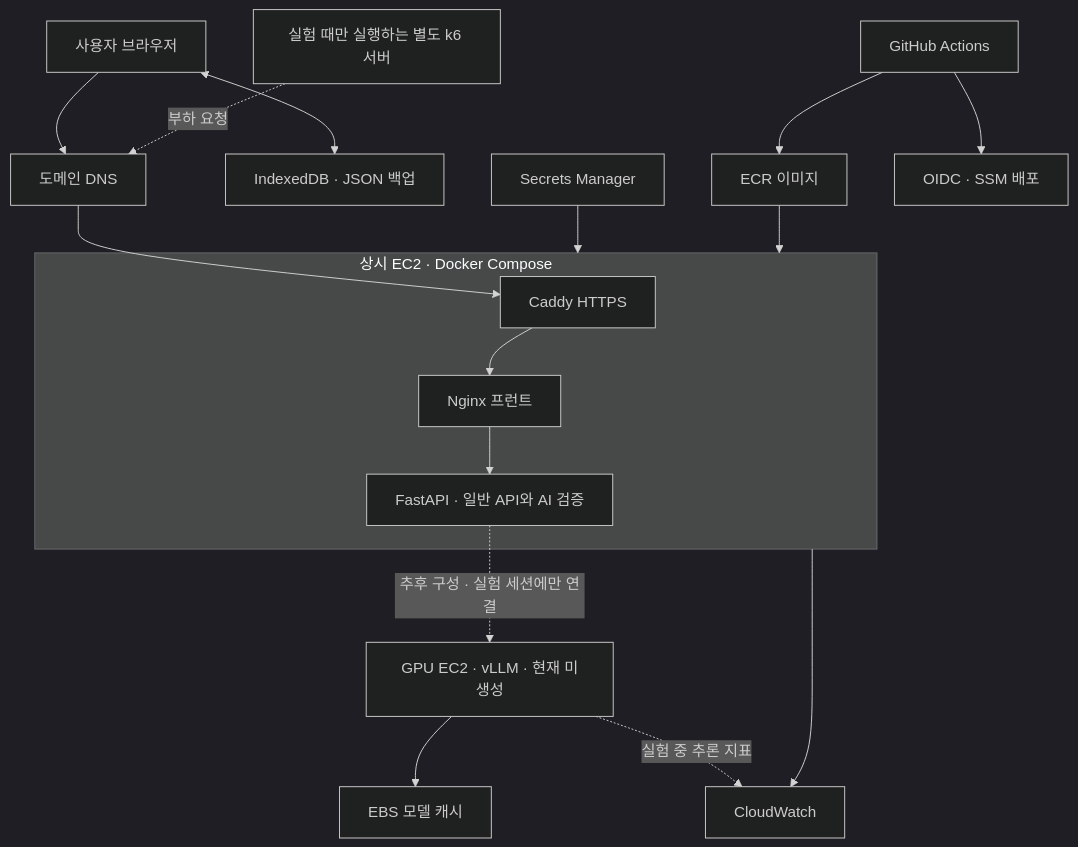
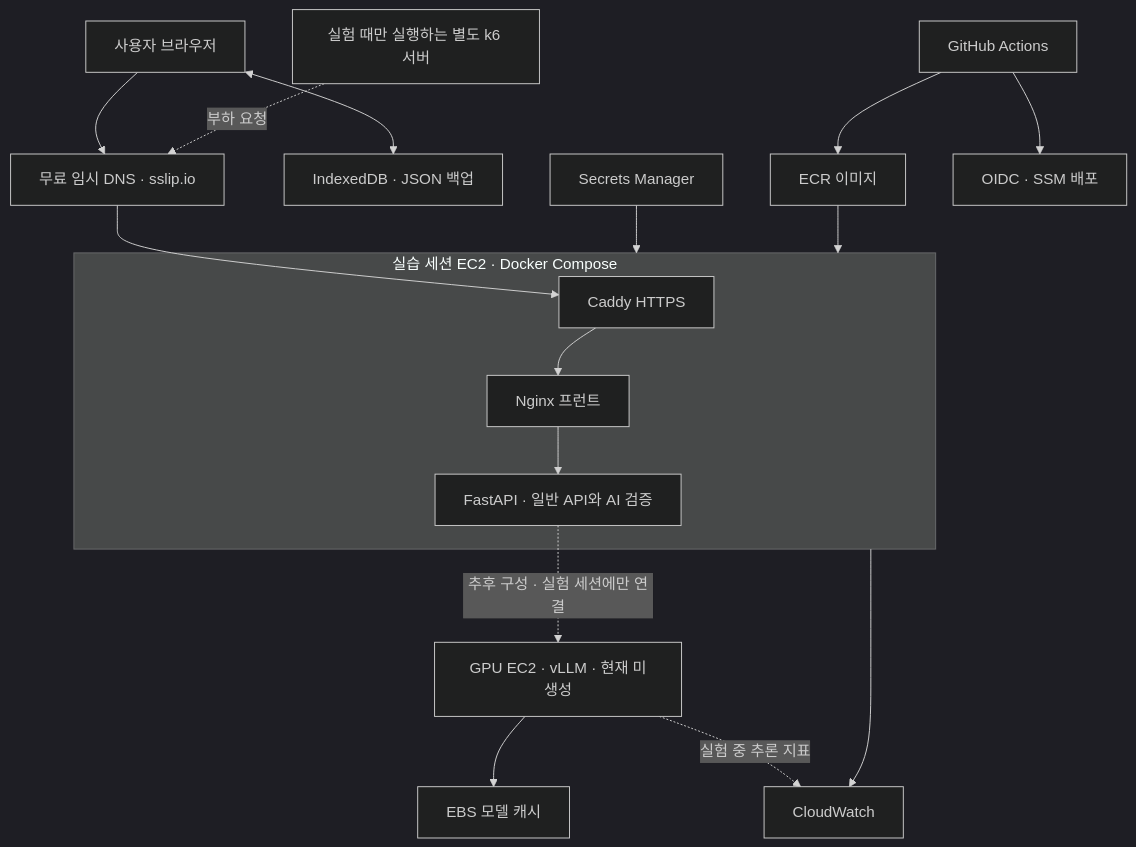
The diagram in service-architecture.md (CLM-BONNY/orot-ai), drawn with Mermaid (dark theme) before and after one commit. The commit also changed other lines of this file and 4 other files, not shown here.

````diff
--- a/service-architecture.md
+++ b/service-architecture.md
@@ -72,19 +72,19 @@
 ```mermaid
 flowchart TD
-    U[사용자 브라우저] --> DNS[도메인 DNS]
+    U[사용자 브라우저] --> DNS[무료 임시 DNS · sslip.io]
     DNS --> EDGE[Caddy HTTPS]
-    subgraph WEB[상시 EC2 · Docker Compose]
+    subgraph WEB[실습 세션 EC2 · Docker Compose]
       EDGE --> N[Nginx 프런트]
       N --> API[FastAPI · 일반 API와 AI 검증]
     end
     K[실험 때만 실행하는 별도 k6 서버] -. 부하 요청 .-> DNS
     API -. 추후 구성 · 실험 세션에만 연결 .-> GPU[GPU EC2 · vLLM · 현재 미생성]
     GPU --> CACHE[EBS 모델 캐시]
     U <--> IDB[IndexedDB · JSON 백업]
     WEB --> LOG[CloudWatch]
     GPU -. 실험 중 추론 지표 .-> LOG
     SEC[Secrets Manager] --> WEB
     GH[GitHub Actions] --> ECR[ECR 이미지]
     GH --> SSM[OIDC · SSM 배포]
     ECR --> WEB
 ```
````
